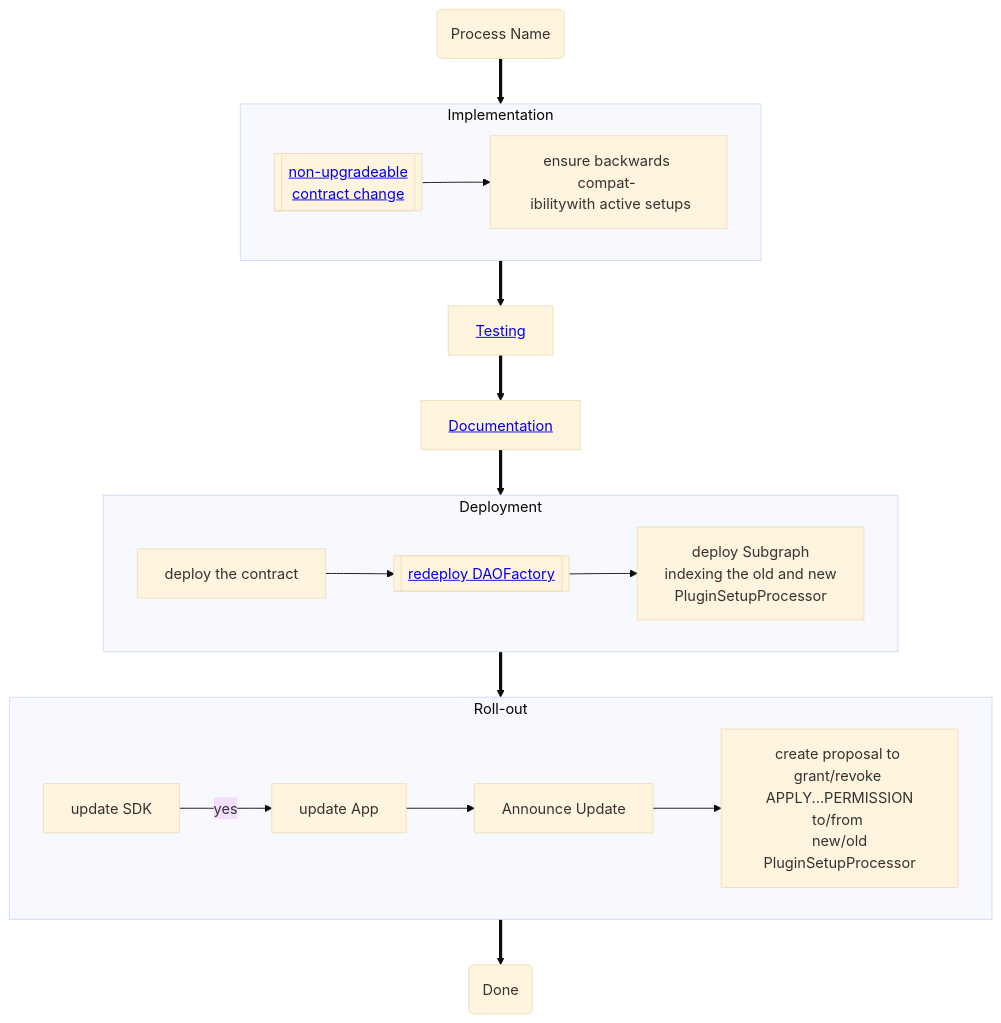
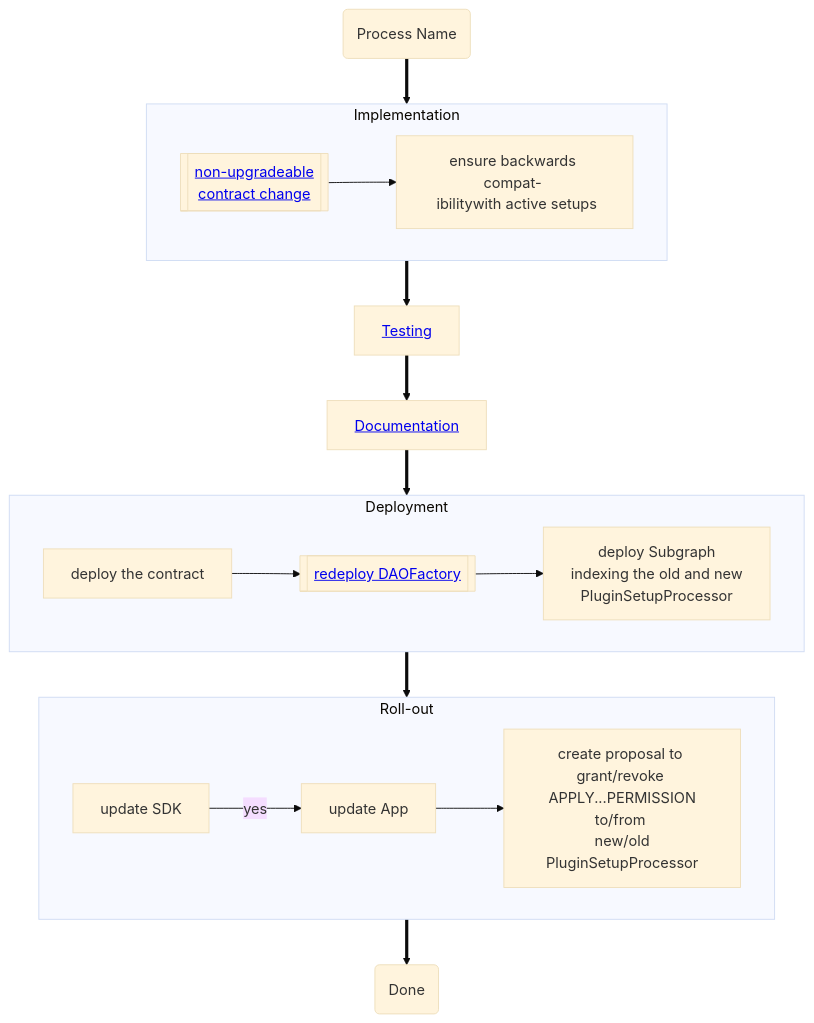
Before and after one commit to aragon/osx: the diagram in packages/contracts/docs/developer-portal/04-framework-lifecycle/03-osx-components/05-plugin-setup-processor.md, drawn with Mermaid (base theme). The commit also changed other lines of this file and 9 other files, not shown here.

````diff
--- a/packages/contracts/docs/developer-portal/04-framework-lifecycle/03-osx-components/05-plugin-setup-processor.md
+++ b/packages/contracts/docs/developer-portal/04-framework-lifecycle/03-osx-components/05-plugin-setup-processor.md
@@ -3,42 +3,36 @@
 ```mermaid
 flowchart TD
     processStart("Process Name")
     processStart ==> implementation
     subgraph implementation[Implementation]
         nonUpgradeableContractImplementation[[<a href='./03-non-upgradeable-contract.md'>non-upgradeable \n contract change</a>]]
         ensureCompatibility["ensure backwards compat- \n ibilitywith active setups"]
 
         nonUpgradeableContractImplementation --> ensureCompatibility
     end
 
     implementation ==> testing[<a href='../03-sub-processes/03-testing.md'>Testing</a>]
-    %%subgraph testing[Testing]
-    %%end
 
     testing ==> docs[<a href='../03-sub-processes/04-documentation.md'>Documentation</a>]
-    %%subgraph testing[Testing]
-    %%end
 
     docs ==> deployment
     subgraph deployment[Deployment]
         deployContract["deploy the contract"]
         redeployDaoFactory[[<a href='factory-contract.md'>redeploy DAOFactory</a>]]
         deploySubgraph["deploy Subgraph  \n indexing the old and new \n PluginSetupProcessor"]
         deployContract --> redeployDaoFactory --> deploySubgraph
     end
 
     deployment ==> rollout
     subgraph rollout[Roll-out]
         sdkUpdate["update SDK"]
         appUpdate["update App"]
 
-        announceUpdate["Announce Update"]
         revokeApplyPermissions["create proposal to grant/revoke \n APPLY...PERMISSION to/from \n new/old PluginSetupProcessor"]
 
         sdkUpdate -->|yes| appUpdate
-        appUpdate--> announceUpdate
-        announceUpdate --> revokeApplyPermissions
+        appUpdate --> revokeApplyPermissions
     end
 
     rollout ==> processEnd("Done")
 ```
````
